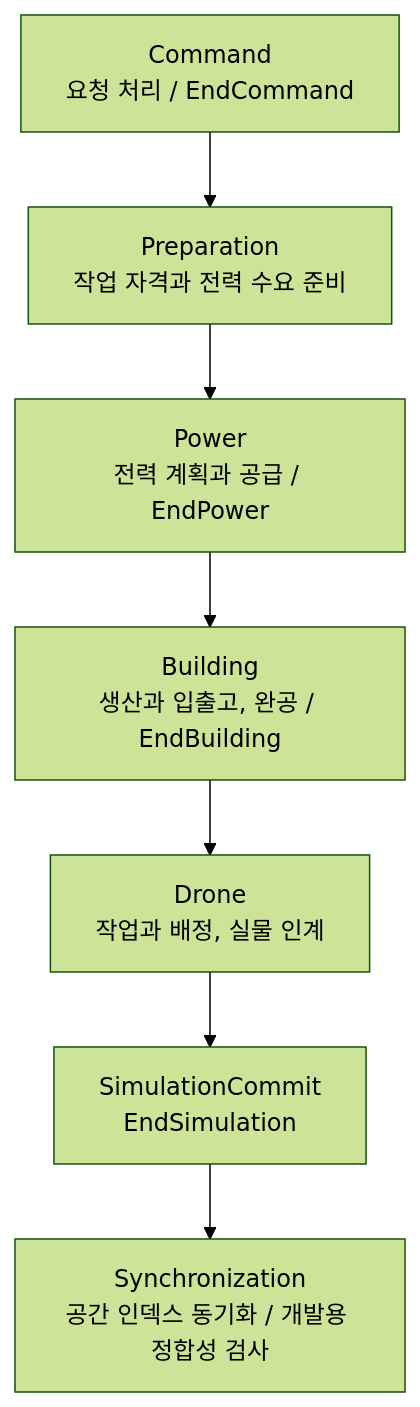
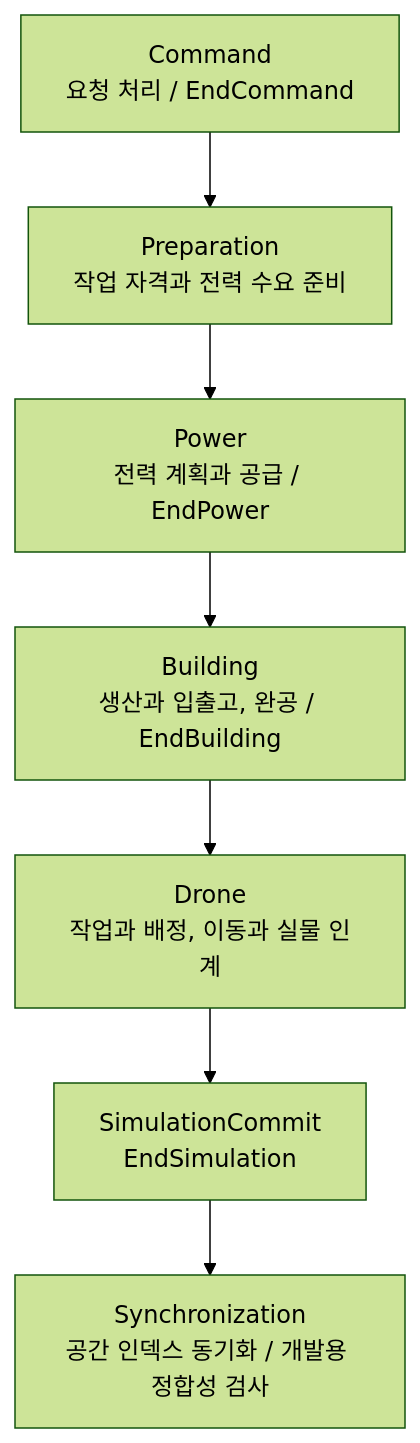
One commit to Gentlet/planet-miner changed the diagram in README.md. Above: the diagram before and after it, drawn with Mermaid (forest theme). The commit also changed other lines of this file and 38 other files, not shown here.

````diff
--- a/README.md
+++ b/README.md
@@ -52,12 +52,12 @@
 ```mermaid
 flowchart TD
     Command["Command<br/>요청 처리 / EndCommand"]
     Preparation["Preparation<br/>작업 자격과 전력 수요 준비"]
     Power["Power<br/>전력 계획과 공급 / EndPower"]
     Building["Building<br/>생산과 입출고, 완공 / EndBuilding"]
-    Drone["Drone<br/>작업과 배정, 실물 인계"]
+    Drone["Drone<br/>작업과 배정, 이동과 실물 인계"]
     Commit["SimulationCommit<br/>EndSimulation"]
     Sync["Synchronization<br/>공간 인덱스 동기화 / 개발용 정합성 검사"]
 
     Command --> Preparation --> Power --> Building --> Drone --> Commit --> Sync
 ```
````
